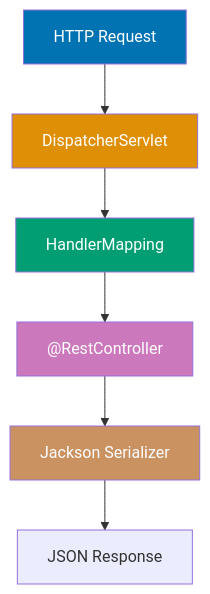
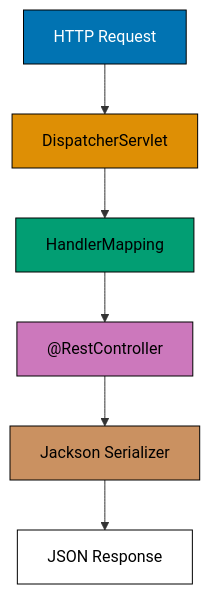
The fifth of 10 diagrams in apps/ayokoding-www/content/en/learn/legacy/software-engineering/platforms/web/tools/jvm-spring-boot/by-example/beginner.md (wahidyankf/ose-public), drawn with Mermaid before and after one commit. The commit also changed other lines of this file and 130 other files, not shown here.

First line of the commit message:
fix(mermaid): bring the legacy platforms diagrams onto the accessible palette

````diff
--- a/apps/ayokoding-www/content/en/learn/legacy/software-engineering/platforms/web/tools/jvm-spring-boot/by-example/beginner.md
+++ b/apps/ayokoding-www/content/en/learn/legacy/software-engineering/platforms/web/tools/jvm-spring-boot/by-example/beginner.md
@@ -721,15 +747,23 @@
 ```mermaid
 %% Color Palette: Blue #0173B2, Orange #DE8F05, Teal #029E73, Purple #CC78BC, Brown #CA9161
 graph TD
+    accTitle: Example 5: First REST Controller
+    accDescr: Graph with 6 nodes and 5 connections. Nodes: HTTP Request, DispatcherServlet, HandlerMapping, @RestController, Jackson Serializer, JSON Response. Connections: HTTP Request to DispatcherServlet, DispatcherServlet to HandlerMapping, HandlerMapping to @RestController, @RestController to Jackson Serializer, Jackson Serializer to JSON Response.
     Request["HTTP Request"] --> DispatcherServlet["DispatcherServlet"]
     DispatcherServlet --> HandlerMapping["HandlerMapping"]
     HandlerMapping --> Controller["@RestController"]
     Controller --> Jackson["Jackson Serializer"]
     Jackson --> Response["JSON Response"]
 
-    style Request fill:#0173B2,color:#fff
-    style DispatcherServlet fill:#DE8F05,color:#fff
-    style HandlerMapping fill:#029E73,color:#fff
-    style Controller fill:#CC78BC,color:#fff
-    style Jackson fill:#CA9161,color:#fff
+    classDef pal-0173B2 fill:#0173B2,stroke:#000000,color:#FFFFFF
+    class Request pal-0173B2
+    classDef pal-DE8F05 fill:#DE8F05,stroke:#000000,color:#000000
+    class DispatcherServlet pal-DE8F05
+    classDef pal-029E73 fill:#029E73,stroke:#000000,color:#000000
+    class HandlerMapping pal-029E73
+    classDef pal-CC78BC fill:#CC78BC,stroke:#000000,color:#000000
+    class Controller pal-CC78BC
+    classDef pal-CA9161 fill:#CA9161,stroke:#000000,color:#000000
+    class Jackson pal-CA9161
+    classDef default fill:#FFFFFF,stroke:#000000,color:#000000
 ```
````
